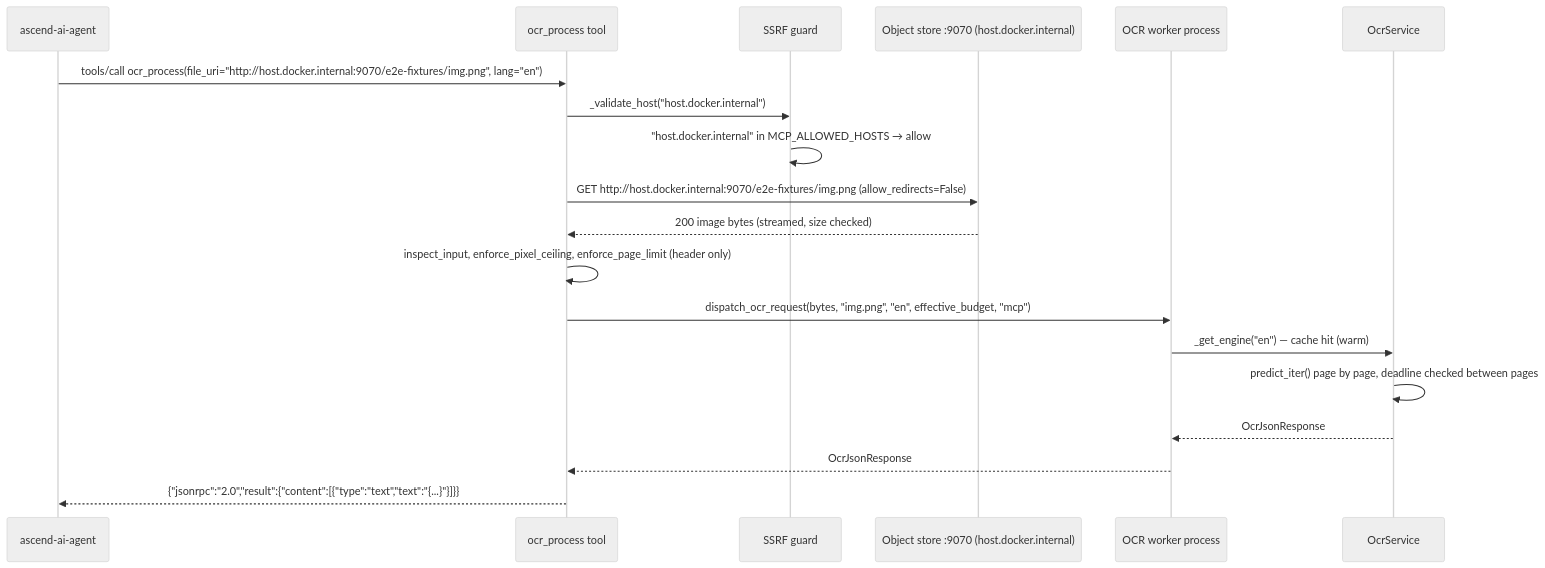
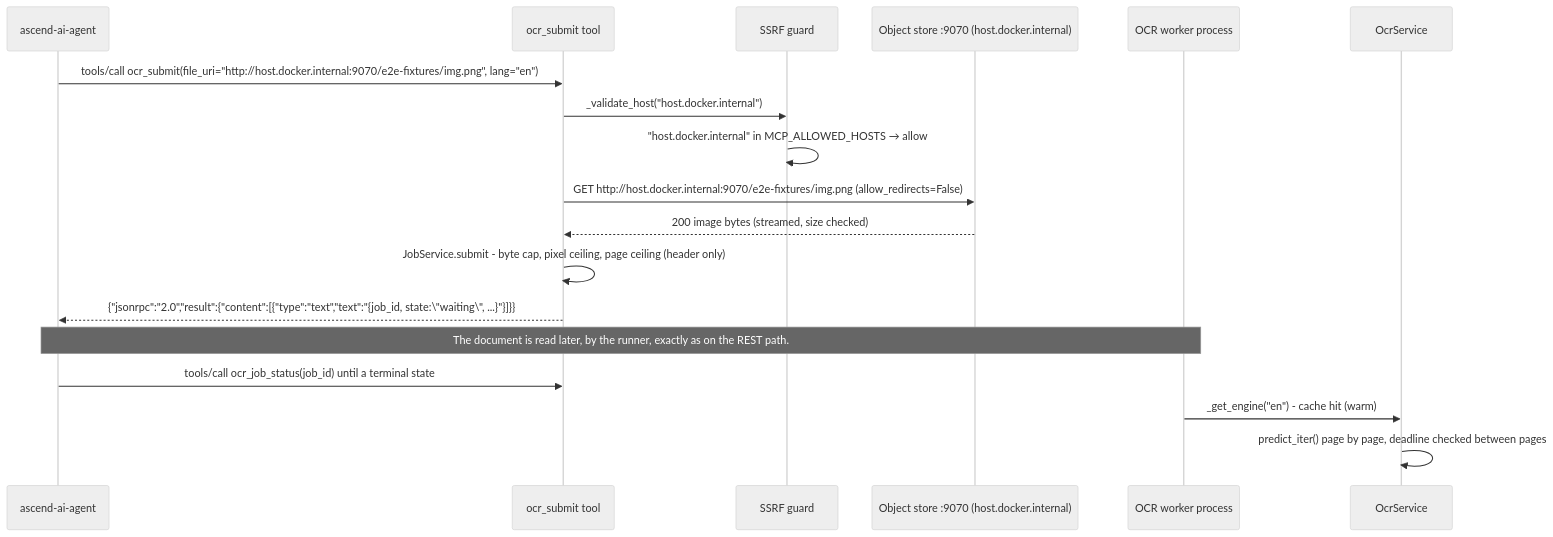
One commit to Lukk17/AscendAI changed the fourth of 4 diagrams in apps/ascend-ocr/docs/architecture/arc42/06-runtime-view.md. Above: the diagram before and after it, drawn with Mermaid (neutral theme). The commit also changed other lines of this file and 1022 other files, not shown here.

First line of the commit message:
feat(ocr): move ascend-ocr to a job interface, add Pact contract tests and release six services (#5)

````diff
--- a/apps/ascend-ocr/docs/architecture/arc42/06-runtime-view.md
+++ b/apps/ascend-ocr/docs/architecture/arc42/06-runtime-view.md
@@ -116,22 +163,21 @@
 ```mermaid
 sequenceDiagram
     participant Agent as ascend-ai-agent
-    participant MCP as ocr_process tool
+    participant MCP as ocr_submit tool
     participant Guard as SSRF guard
     participant ObjectStore as Object store :9070 (host.docker.internal)
     participant Pool as OCR worker process
     participant OcrSvc as OcrService
 
-    Agent->>MCP: tools/call ocr_process(file_uri="http://host.docker.internal:9070/e2e-fixtures/img.png", lang="en")
+    Agent->>MCP: tools/call ocr_submit(file_uri="http://host.docker.internal:9070/e2e-fixtures/img.png", lang="en")
     MCP->>Guard: _validate_host("host.docker.internal")
     Guard->>Guard: "host.docker.internal" in MCP_ALLOWED_HOSTS → allow
     MCP->>ObjectStore: GET http://host.docker.internal:9070/e2e-fixtures/img.png (allow_redirects=False)
     ObjectStore-->>MCP: 200 image bytes (streamed, size checked)
-    MCP->>MCP: inspect_input, enforce_pixel_ceiling, enforce_page_limit (header only)
-    MCP->>Pool: dispatch_ocr_request(bytes, "img.png", "en", effective_budget, "mcp")
-    Pool->>OcrSvc: _get_engine("en") — cache hit (warm)
+    MCP->>MCP: JobService.submit - byte cap, pixel ceiling, page ceiling (header only)
+    MCP-->>Agent: {"jsonrpc":"2.0","result":{"content":[{"type":"text","text":"{job_id, state:\"waiting\", ...}"}]}}
+    Note over Agent,Pool: The document is read later, by the runner, exactly as on the REST path.
+    Agent->>MCP: tools/call ocr_job_status(job_id) until a terminal state
+    Pool->>OcrSvc: _get_engine("en") - cache hit (warm)
     OcrSvc->>OcrSvc: predict_iter() page by page, deadline checked between pages
-    OcrSvc-->>Pool: OcrJsonResponse
-    Pool-->>MCP: OcrJsonResponse
-    MCP-->>Agent: {"jsonrpc":"2.0","result":{"content":[{"type":"text","text":"{...}"}]}}
 ```
````
